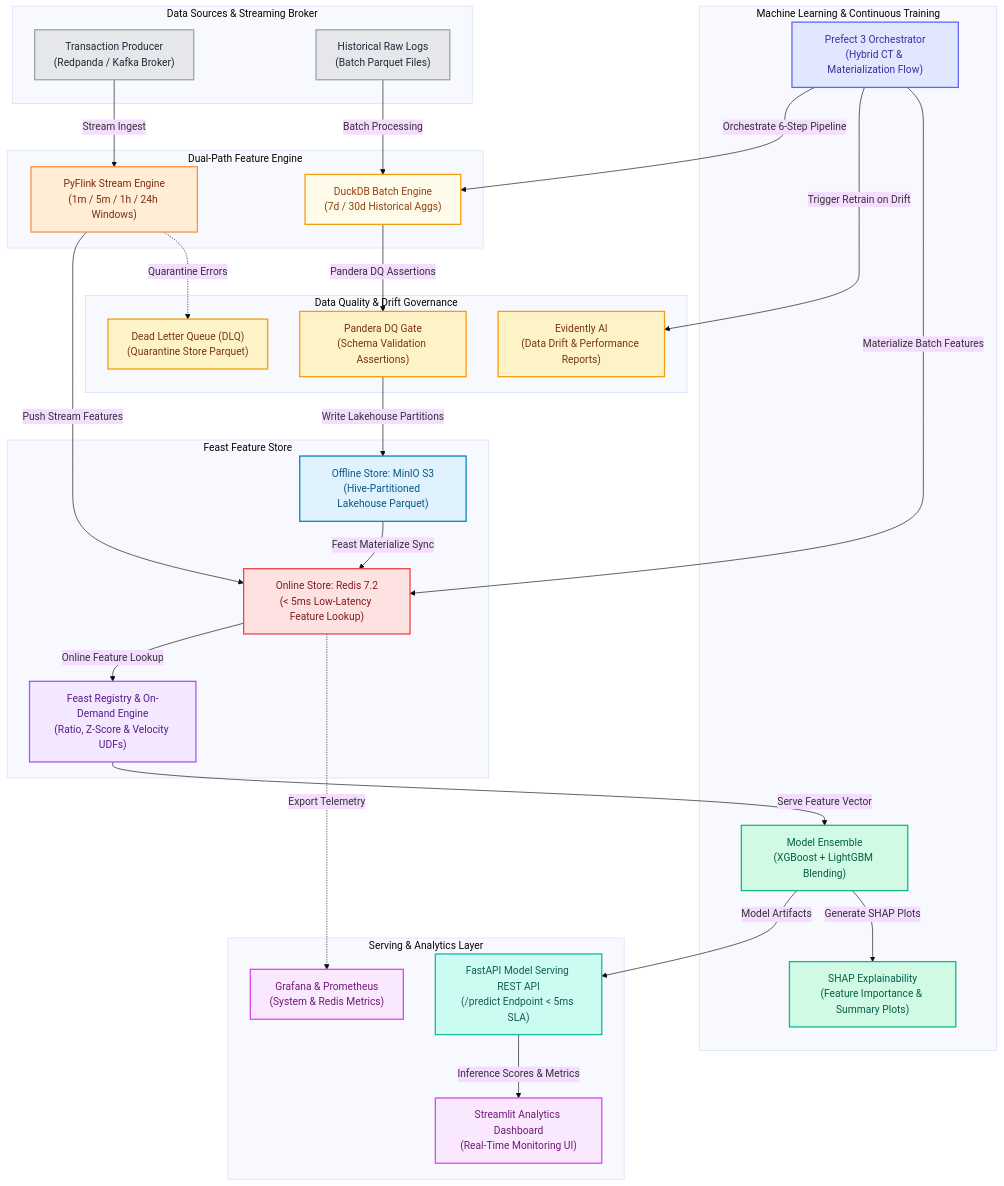
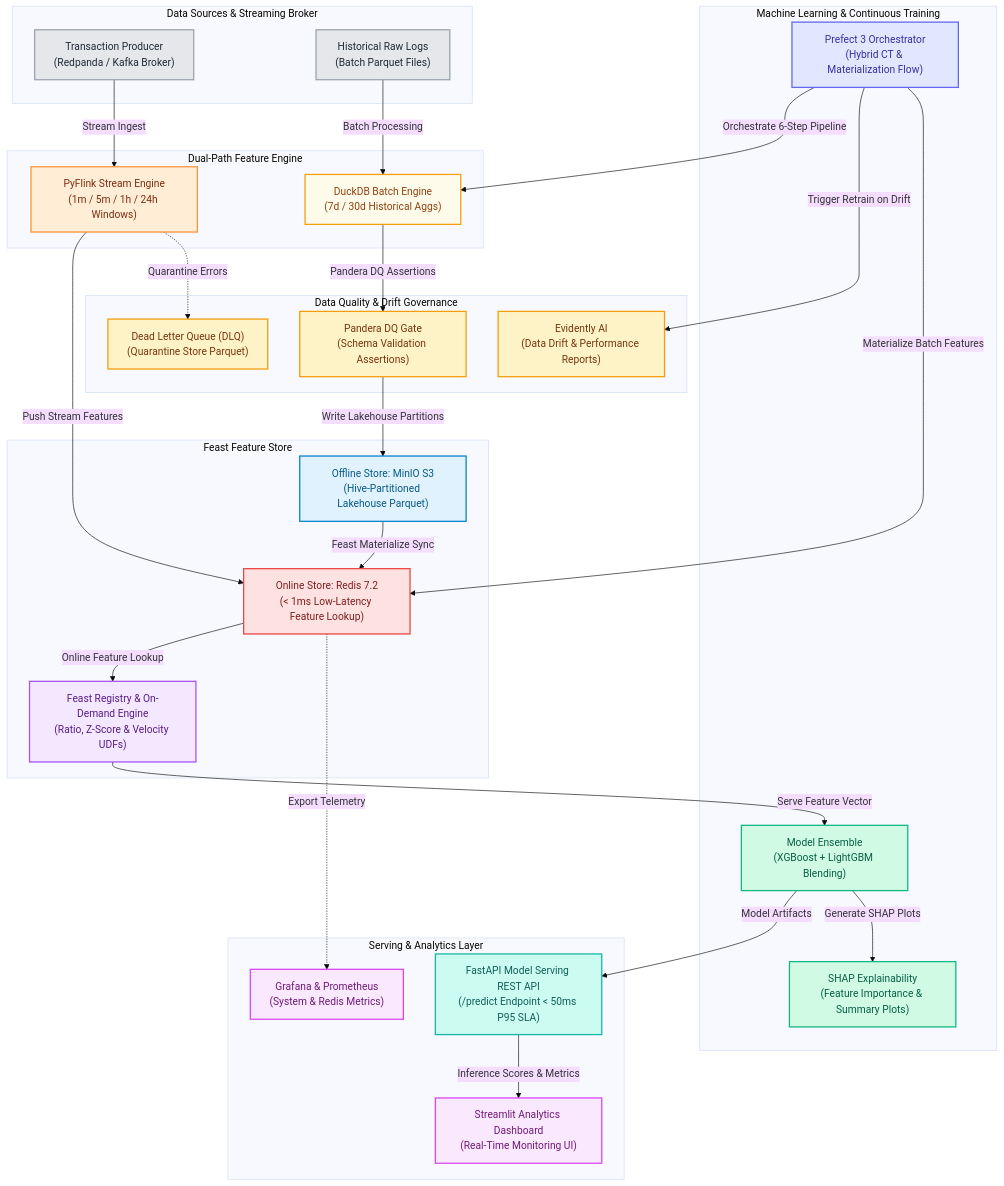
Before and after one commit to hovngnvm/ml-feature-store-platform: the first of 2 diagrams in README.md, drawn with Mermaid (base theme). The commit also changed other lines of this file and 5 other files, not shown here.

Commit message:
test: expand unit test coverage across serving latency and model training

````diff
--- a/README.md
+++ b/README.md
@@ -13,73 +13,73 @@
 ```mermaid
 flowchart TD
     subgraph Sources [Data Sources & Streaming Broker]
         producer["Transaction Producer<br/>(Redpanda / Kafka Broker)"]:::source
         raw_parquet["Historical Raw Logs<br/>(Batch Parquet Files)"]:::source
     end
 
     subgraph DualPath [Dual-Path Feature Engine]
         flink["PyFlink Stream Engine<br/>(1m / 5m / 1h / 24h Windows)"]:::flink
         duckdb["DuckDB Batch Engine<br/>(7d / 30d Historical Aggs)"]:::duckdb
     end
 
     subgraph FeatureStore [Feast Feature Store]
-        redis["Online Store: Redis 7.2<br/>(< 5ms Low-Latency Feature Lookup)"]:::redis
+        redis["Online Store: Redis 7.2<br/>(< 1ms Low-Latency Feature Lookup)"]:::redis
         minio["Offline Store: MinIO S3<br/>(Hive-Partitioned Lakehouse Parquet)"]:::minio
         feast_registry["Feast Registry & On-Demand Engine<br/>(Ratio, Z-Score & Velocity UDFs)"]:::feast
     end
 
     subgraph Quality [Data Quality & Drift Governance]
         pandera["Pandera DQ Gate<br/>(Schema Validation Assertions)"]:::quality
         evidently["Evidently AI<br/>(Data Drift & Performance Reports)"]:::quality
         dlq["Dead Letter Queue (DLQ)<br/>(Quarantine Store Parquet)"]:::quality
     end
 
     subgraph ML [Machine Learning & Continuous Training]
         ensemble["Model Ensemble<br/>(XGBoost + LightGBM Blending)"]:::ml
         shap["SHAP Explainability<br/>(Feature Importance & Summary Plots)"]:::ml
         prefect["Prefect 3 Orchestrator<br/>(Hybrid CT & Materialization Flow)"]:::orchestrator
     end
 
     subgraph Serving [Serving & Analytics Layer]
-        fastapi["FastAPI Model Serving REST API<br/>(/predict Endpoint < 5ms SLA)"]:::serving
+        fastapi["FastAPI Model Serving REST API<br/>(/predict Endpoint < 50ms P95 SLA)"]:::serving
         streamlit["Streamlit Analytics Dashboard<br/>(Real-Time Monitoring UI)"]:::viz
         grafana["Grafana & Prometheus<br/>(System & Redis Metrics)"]:::viz
     end
 
     %% Flow lines
     producer -->|Stream Ingest| flink
     raw_parquet -->|Batch Processing| duckdb
 
     flink -->|Push Stream Features| redis
     flink -.->|Quarantine Errors| dlq
 
     duckdb -->|Pandera DQ Assertions| pandera
     pandera -->|Write Lakehouse Partitions| minio
 
     minio -->|Feast Materialize Sync| redis
     redis -->|Online Feature Lookup| feast_registry
     feast_registry -->|Serve Feature Vector| ensemble
 
     ensemble -->|Model Artifacts| fastapi
     ensemble -->|Generate SHAP Plots| shap
 
     prefect -->|Orchestrate 6-Step Pipeline| duckdb
     prefect -->|Trigger Retrain on Drift| evidently
     prefect -->|Materialize Batch Features| redis
 
     fastapi -->|Inference Scores & Metrics| streamlit
     redis -.->|Export Telemetry| grafana
 
     %% Style Classes
     classDef source fill:#E5E7EB,stroke:#9CA3AF,color:#1F2937,stroke-width:2px;
     classDef flink fill:#FFEDD5,stroke:#FB923C,color:#7C2D12,stroke-width:2px;
     classDef duckdb fill:#FFFBEB,stroke:#F59E0B,color:#92400E,stroke-width:2px;
     classDef redis fill:#FEE2E2,stroke:#EF4444,color:#7F1D1D,stroke-width:2px;
     classDef minio fill:#E0F2FE,stroke:#0284C7,color:#075985,stroke-width:2px;
     classDef feast fill:#F3E8FF,stroke:#A855F7,color:#581C87,stroke-width:2px;
     classDef quality fill:#FEF3C7,stroke:#F59E0B,color:#78350F,stroke-width:2px;
     classDef ml fill:#D1FAE5,stroke:#10B981,color:#065F46,stroke-width:2px;
     classDef orchestrator fill:#E0E7FF,stroke:#6366F1,color:#3730A3,stroke-width:2px;
     classDef serving fill:#CCFBF1,stroke:#14B8A6,color:#115E59,stroke-width:2px;
     classDef viz fill:#FAE8FF,stroke:#D946EF,color:#701A75,stroke-width:2px;
 ```
````
